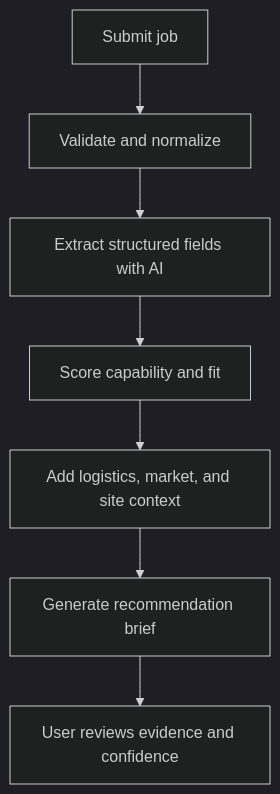
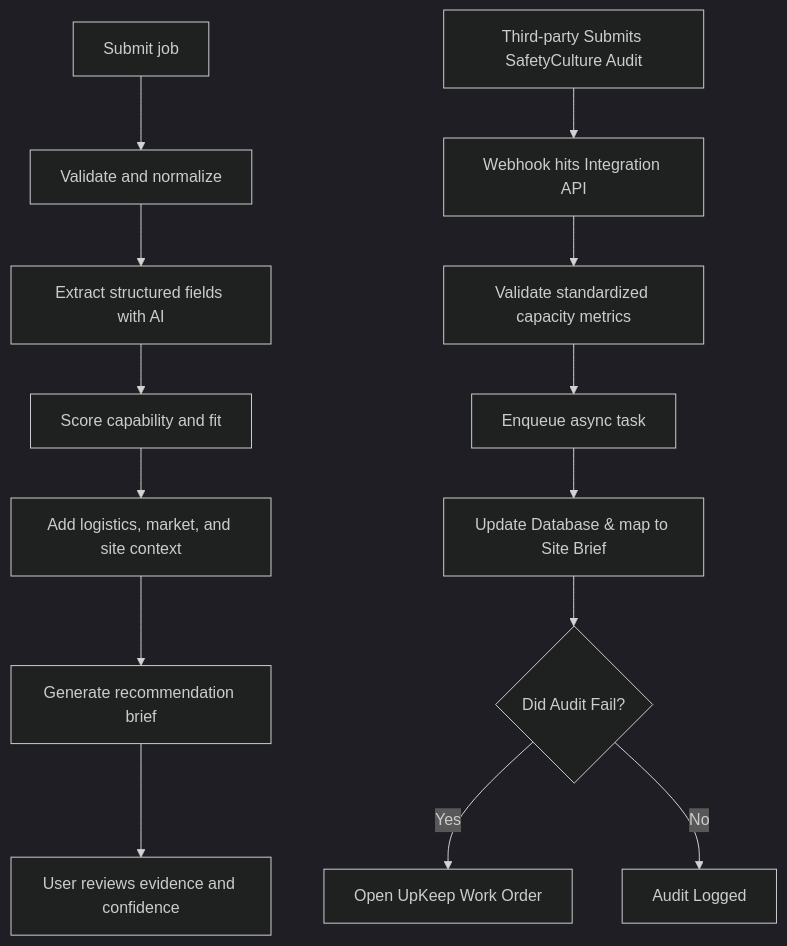
Before and after one commit to npc-chris/dfn-discovery: the second of 2 diagrams in docs/DFN_SERVICE_MAP.md, drawn with Mermaid (dark theme). The commit also changed other lines of this file and 9 other files, not shown here.

Commit message:
feat(docs): Enhance DFN documentation with revised architecture design to specify API integrations for logistics and market intelligence.

````diff
--- a/docs/DFN_SERVICE_MAP.md
+++ b/docs/DFN_SERVICE_MAP.md
@@ -77,9 +89,17 @@
 ```mermaid
 flowchart TB
  A[Submit job] --> B[Validate and normalize]
  B --> C[Extract structured fields with AI]
  C --> D[Score capability and fit]
  D --> E[Add logistics, market, and site context]
  E --> F[Generate recommendation brief]
  F --> G[User reviews evidence and confidence]
+ 
+ H[Third-party Submits SafetyCulture Audit] --> I[Webhook hits Integration API]
+ I --> J[Validate standardized capacity metrics]
+ J --> K[Enqueue async task]
+ K --> L[Update Database & map to Site Brief]
+ L --> M{Did Audit Fail?}
+ M -- Yes --> N[Open UpKeep Work Order]
+ M -- No --> O[Audit Logged]
 ```
````
